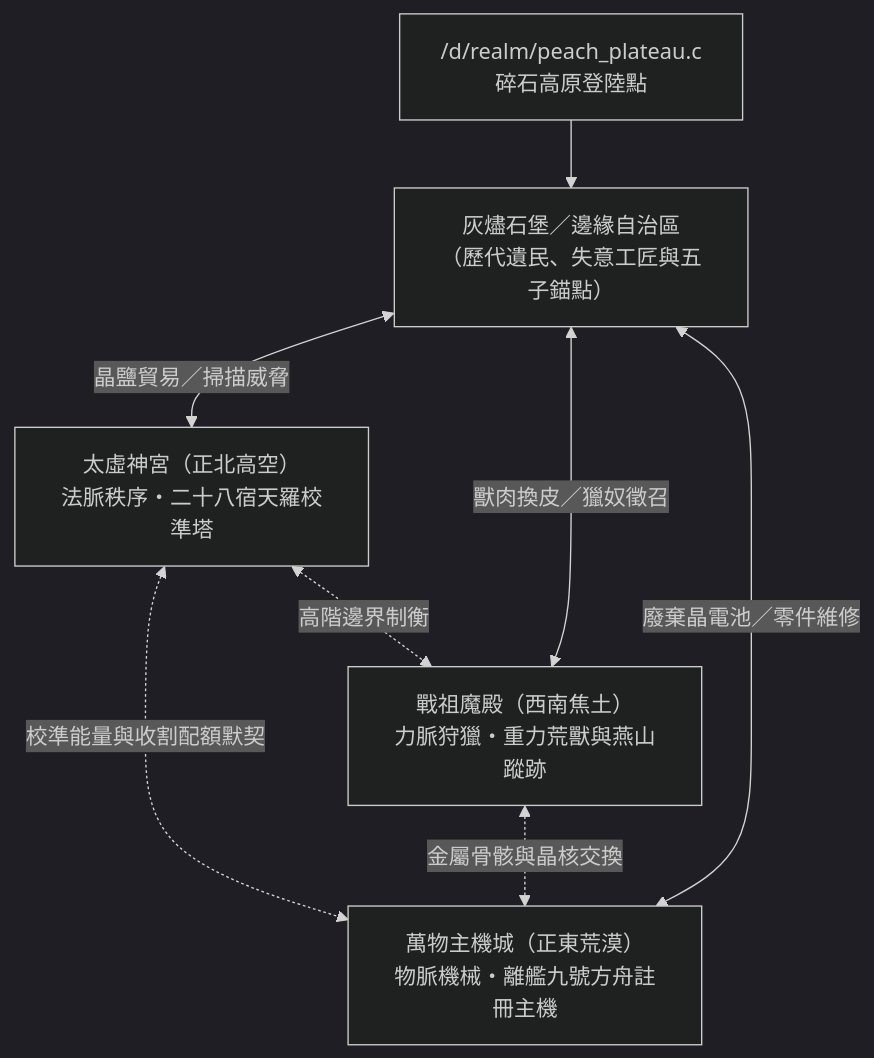
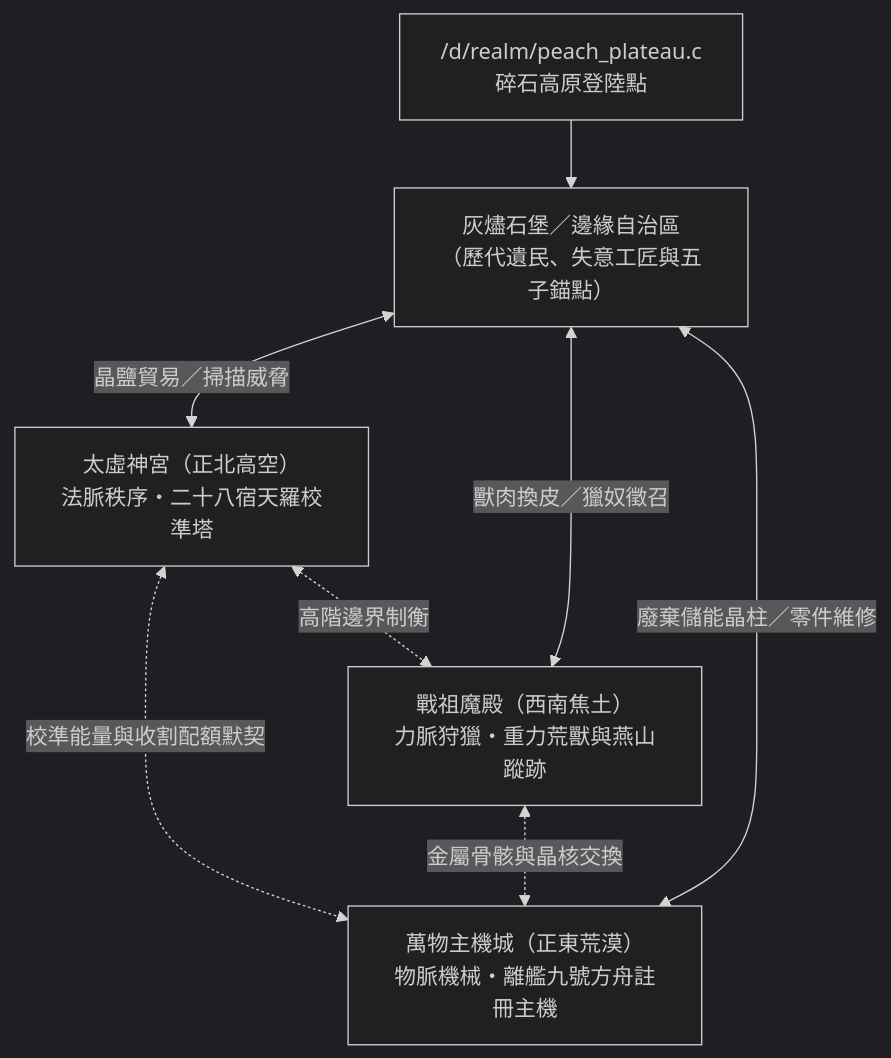
The diagram in forgotten-space/narrative/docs/tier3_faction_structure.md (wade-fs/mudscript), drawn with Mermaid (dark theme) before and after one commit. The commit also changed other lines of this file and 13 other files, not shown here.

````diff
--- a/forgotten-space/narrative/docs/tier3_faction_structure.md
+++ b/forgotten-space/narrative/docs/tier3_faction_structure.md
@@ -19,16 +19,16 @@
 ```mermaid
 flowchart TD
   PP["/d/realm/peach_plateau.c<br/>碎石高原登陸點"]
   EDGE["灰燼石堡／邊緣自治區<br/>（歷代遺民、失意工匠與五子錨點）"]
   TX["太虛神宮（正北高空）<br/>法脈秩序・二十八宿天羅校準塔"]
   ZZ["戰祖魔殿（西南焦土）<br/>力脈狩獵・重力荒獸與燕山蹤跡"]
   WW["萬物主機城（正東荒漠）<br/>物脈機械・離艦九號方舟註冊主機"]
 
   PP --> EDGE
   EDGE <-->|"晶鹽貿易／掃描威脅"| TX
   EDGE <-->|"獸肉換皮／獵奴徵召"| ZZ
-  EDGE <-->|"廢棄晶電池／零件維修"| WW
+  EDGE <-->|"廢棄儲能晶柱／零件維修"| WW
   TX <-. "校準能量與收割配額默契" .-> WW
   TX <-. "高階邊界制衡" .-> ZZ
   ZZ <-. "金屬骨骸與晶核交換" .-> WW
 ```
````
